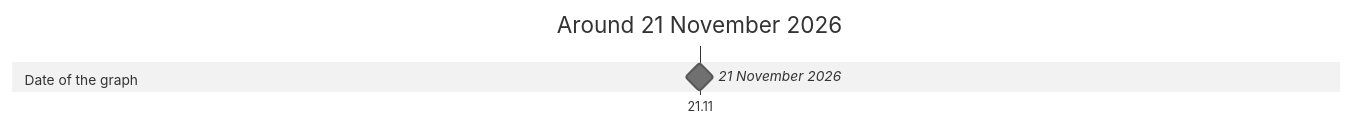
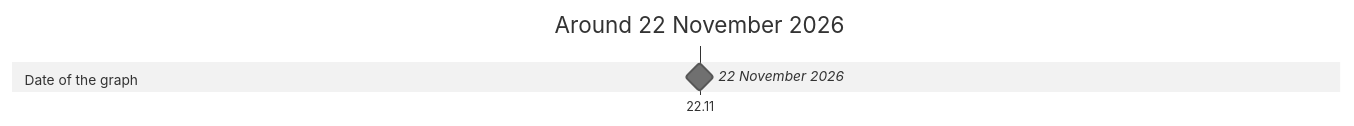
Before and after one commit to advancedcognitivesystems-ai/trame: the diagram in std/docs/timeline.md, drawn with Mermaid (neutral theme). The commit also changed other lines of this file and 142 other files, not shown here.

````diff
--- a/std/docs/timeline.md
+++ b/std/docs/timeline.md
@@ -5,8 +5,8 @@
 ```mermaid
 gantt
   dateFormat YYYY-MM-DD
   axisFormat %d.%m
-  title Around 21 November 2026
+  title Around 22 November 2026
   section Date of the graph
-    21 November 2026 : milestone, 2026-11-21, 0d
+    22 November 2026 : milestone, 2026-11-22, 0d
 ```
````
